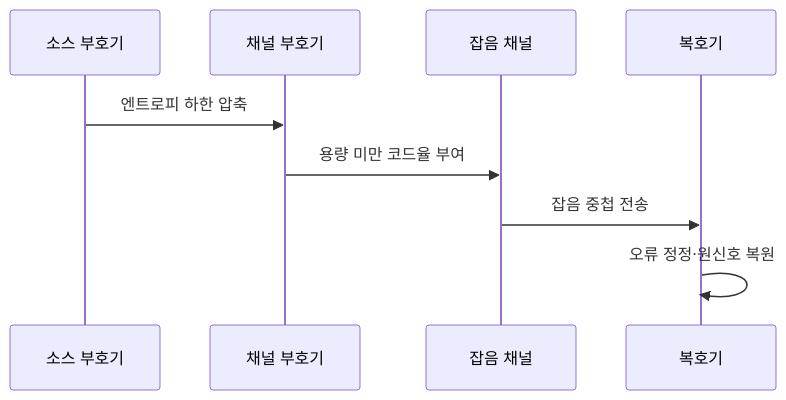
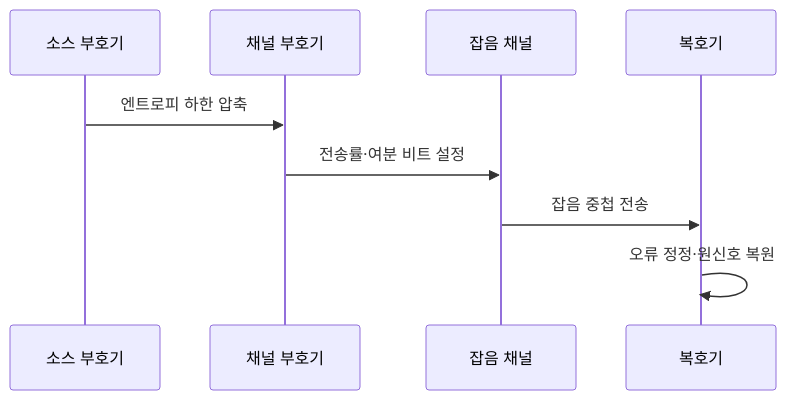
Before and after one commit to agnusdei1207/knowledge-base: the third of 3 diagrams in src/content/docs/notes/01-basic-theory/029_information_theory.md, drawn with Mermaid. The commit also changed other lines of this file and 7 other files, not shown here.

````diff
--- a/src/content/docs/notes/01-basic-theory/029_information_theory.md
+++ b/src/content/docs/notes/01-basic-theory/029_information_theory.md
@@ -104,11 +105,11 @@
 ```mermaid
 sequenceDiagram
     participant SE as 소스 부호기
     participant CE as 채널 부호기
     participant CH as 잡음 채널
     participant DE as 복호기
     SE->>CE: 엔트로피 하한 압축
-    CE->>CH: 용량 미만 코드율 부여
+    CE->>CH: 전송률·여분 비트 설정
     CH->>DE: 잡음 중첩 전송
     DE->>DE: 오류 정정·원신호 복원
 ```
````
